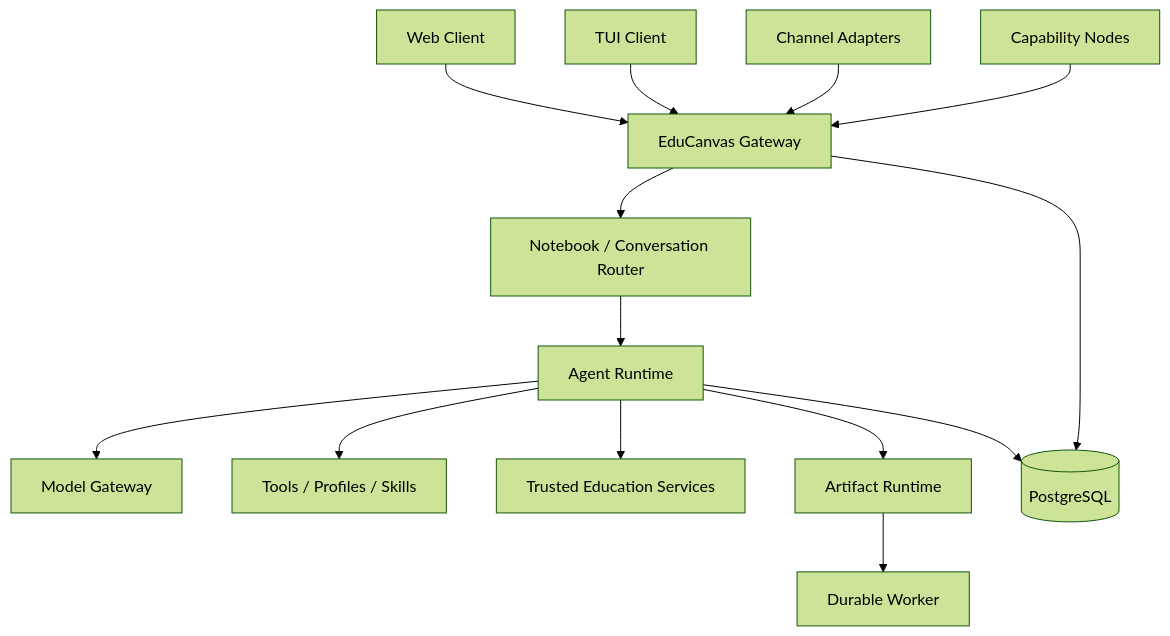
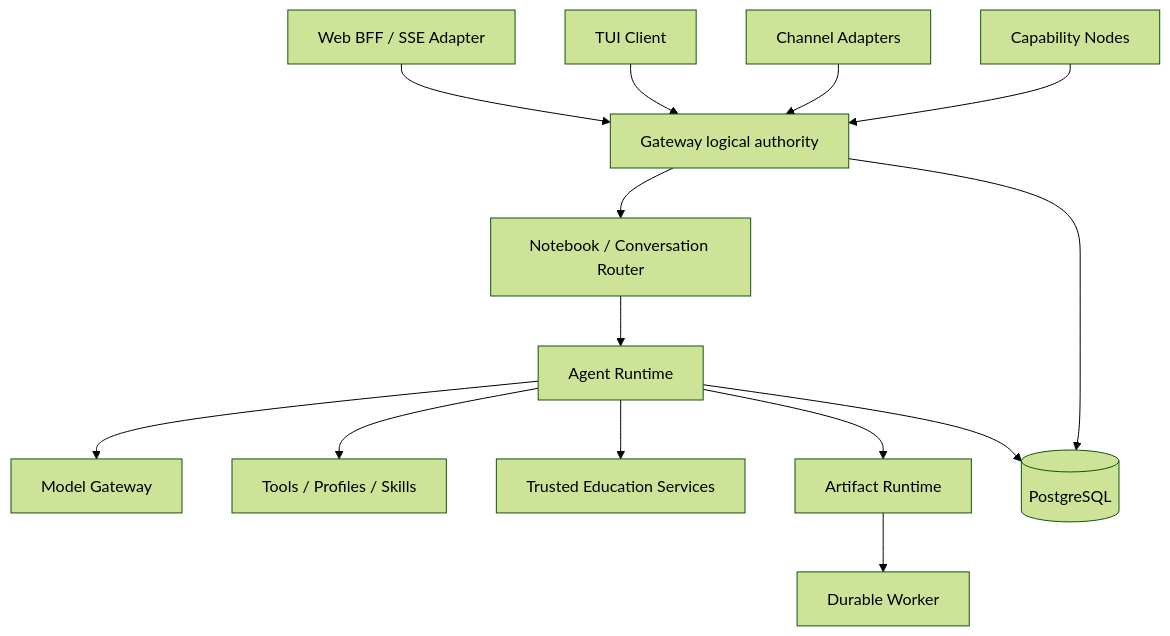
The second of 4 diagrams in README.md (Timcai06/EduCanvas), drawn with Mermaid (forest theme) before and after one commit. The commit also changed other lines of this file and 21 other files, not shown here.

Commit message:
docs: clarify second generation architecture boundaries (#172)

````diff
--- a/README.md
+++ b/README.md
@@ -177,16 +177,16 @@
 ```mermaid
 flowchart TB
-    Web[Web Client] --> Gateway[EduCanvas Gateway]
+    Web[Web BFF / SSE Adapter] --> Gateway[Gateway logical authority]
     TUI[TUI Client] --> Gateway
     Channels[Channel Adapters] --> Gateway
     Nodes[Capability Nodes] --> Gateway
     Gateway --> Router[Notebook / Conversation Router]
     Router --> Runtime[Agent Runtime]
     Runtime --> ModelGateway[Model Gateway]
     Runtime --> Tools[Tools / Profiles / Skills]
     Runtime --> Education[Trusted Education Services]
     Runtime --> Artifact[Artifact Runtime]
     Artifact --> Worker[Durable Worker]
     Gateway --> DB[(PostgreSQL)]
     Runtime --> DB
 ```
````
